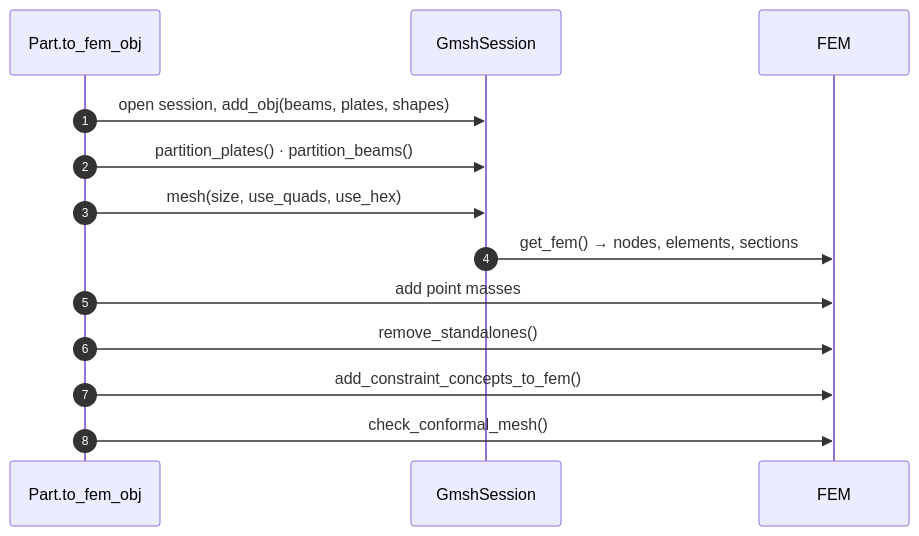
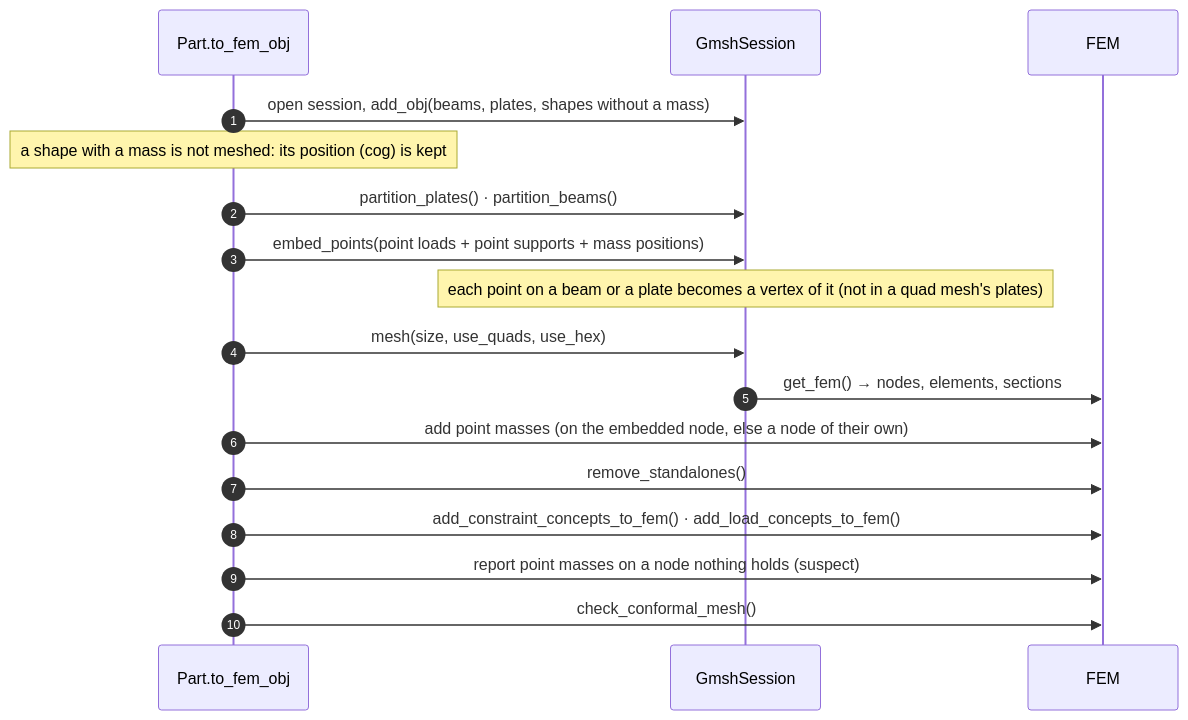
Before and after one commit to Krande/adapy: the third of 8 diagrams in docs/architecture/fea.md, drawn with Mermaid. The commit also changed other lines of this file and 17 other files, not shown here.

Commit message:
fix(fem): a point mass on a plate or in a beam's span gets a node its elements hold (#534)

````diff
--- a/docs/architecture/fea.md
+++ b/docs/architecture/fea.md
@@ -124,15 +124,19 @@
 ```mermaid
 sequenceDiagram
     autonumber
     participant P as Part.to_fem_obj
     participant G as GmshSession
     participant F as FEM
-    P->>G: open session, add_obj(beams, plates, shapes)
+    P->>G: open session, add_obj(beams, plates, shapes without a mass)
+    Note over P: a shape with a mass is not meshed: its position (cog) is kept
     P->>G: partition_plates() · partition_beams()
+    P->>G: embed_points(point loads + point supports + mass positions)
+    Note over G: each point on a beam or a plate becomes a vertex of it (not in a quad mesh's plates)
     P->>G: mesh(size, use_quads, use_hex)
     G->>F: get_fem() → nodes, elements, sections
-    P->>F: add point masses
+    P->>F: add point masses (on the embedded node, else a node of their own)
     P->>F: remove_standalones()
-    P->>F: add_constraint_concepts_to_fem()
+    P->>F: add_constraint_concepts_to_fem() · add_load_concepts_to_fem()
+    P->>F: report point masses on a node nothing holds (suspect)
     P->>F: check_conformal_mesh()
 ```
````
